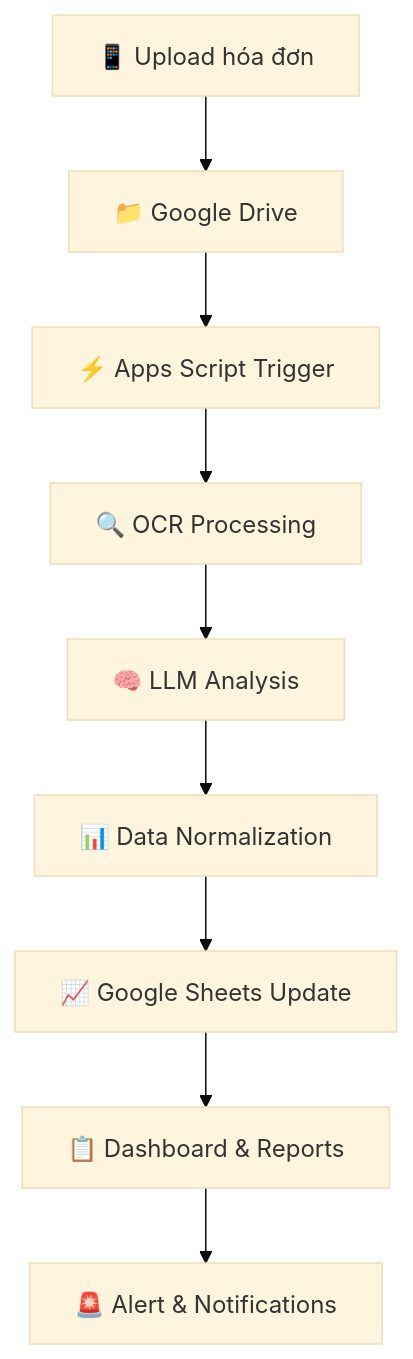
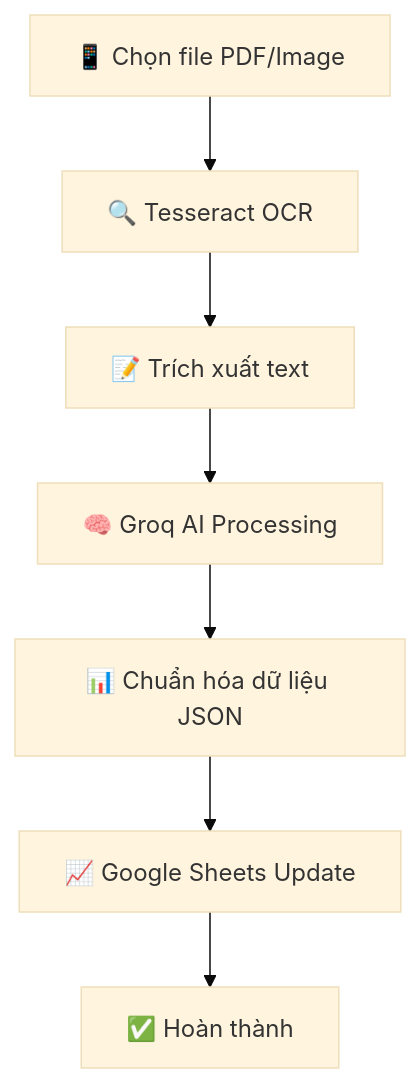
Before and after one commit to vanhai1231/auto-accounting-ai-gsheets: the diagram in README.md, drawn with Mermaid (base theme). The commit also changed other lines of this file and 9 other files, not shown here.

````diff
--- a/README.md
+++ b/README.md
@@ -74,11 +82,9 @@
 ```mermaid
 graph TD
-    A[📱 Upload hóa đơn] --> B[📁 Google Drive]
-    B --> C[⚡ Apps Script Trigger]
-    C --> D[🔍 OCR Processing]
-    D --> E[🧠 LLM Analysis]
-    E --> F[📊 Data Normalization]
-    F --> G[📈 Google Sheets Update]
-    G --> H[📋 Dashboard & Reports]
-    H --> I[🚨 Alert & Notifications]
+    A[📱 Chọn file PDF/Image] --> B[🔍 Tesseract OCR]
+    B --> C[📝 Trích xuất text]
+    C --> D[🧠 Groq AI Processing]
+    D --> E[📊 Chuẩn hóa dữ liệu JSON]
+    E --> F[📈 Google Sheets Update]
+    F --> G[✅ Hoàn thành]
 ```
````
